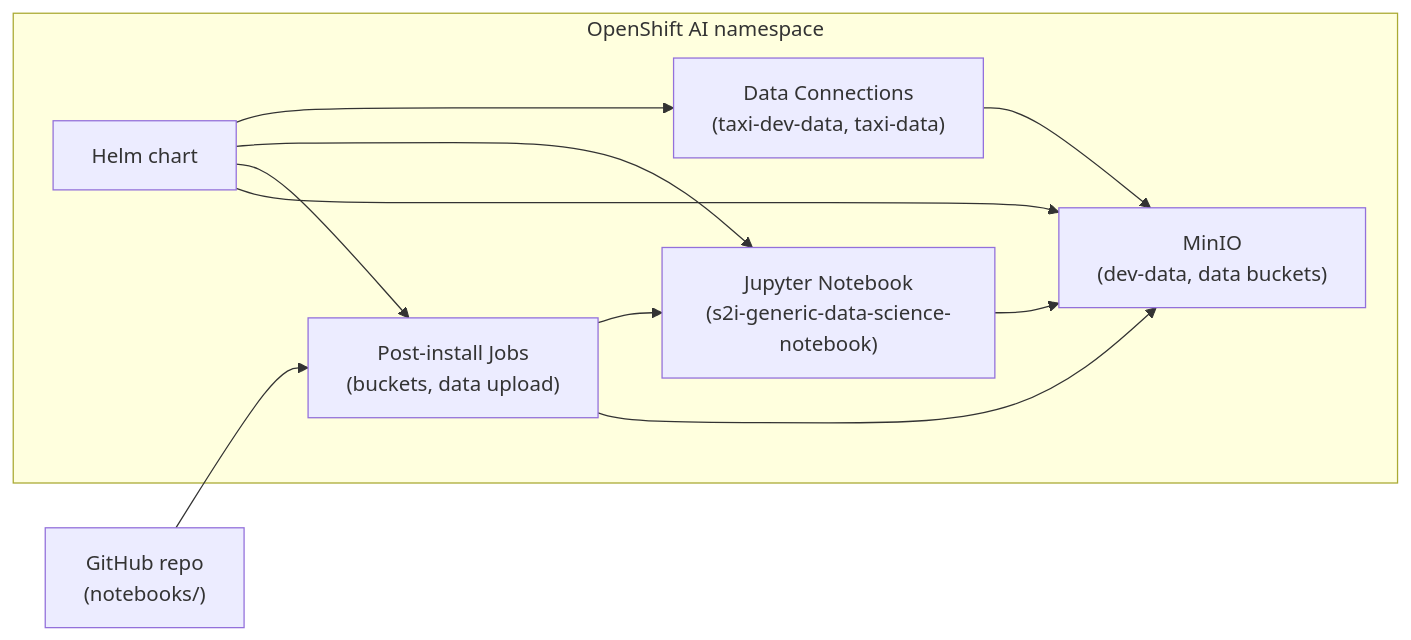
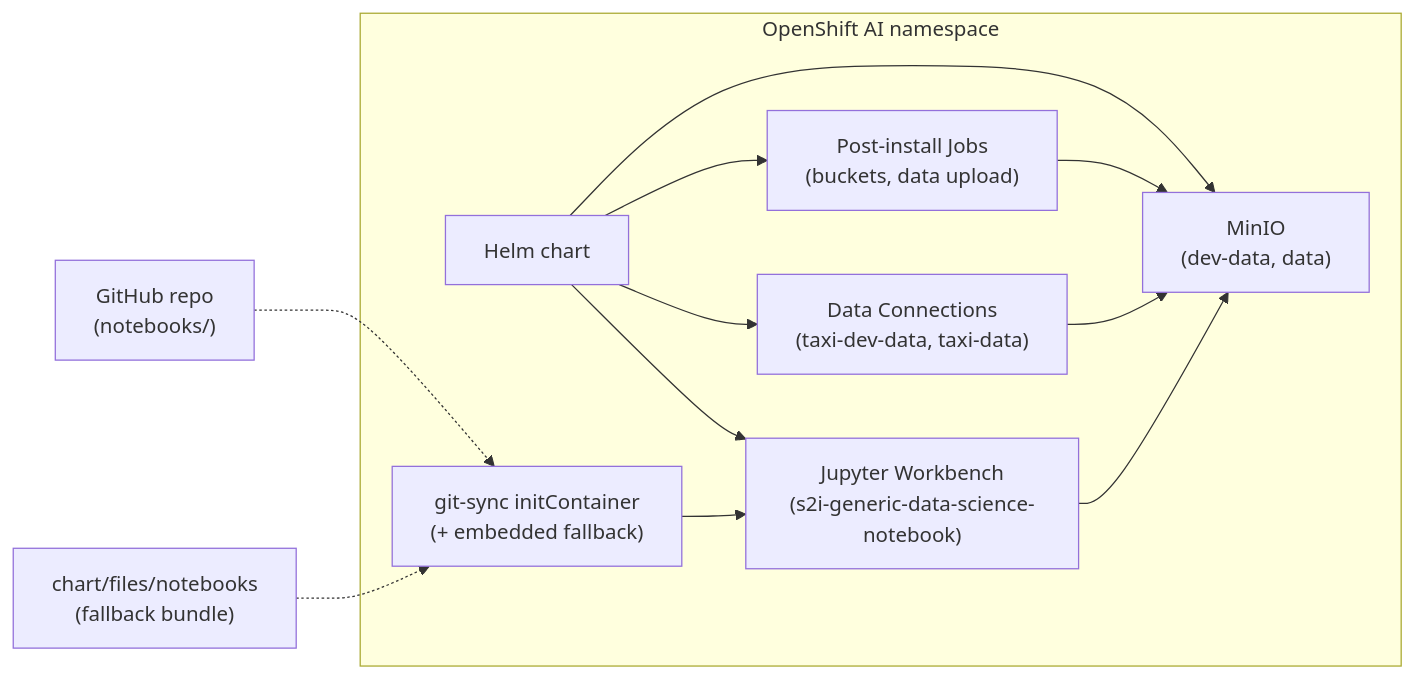
Before and after one commit to Alan0893/ai-taxi-anomaly-detector: the diagram in README.md, drawn with Mermaid. The commit also changed other lines of this file and 2 other files, not shown here.

Commit message:
feat(post_install_job): include post install job to pull actuall data files from NYC data set and place in minio.

````diff
--- a/README.md
+++ b/README.md
@@ -38,20 +45,22 @@
 ```mermaid
 flowchart LR
     subgraph OpenShift["OpenShift AI namespace"]
         Helm["Helm chart"]
-        MinIO["MinIO\n(dev-data, data buckets)"]
-        Notebook["Jupyter Notebook\n(s2i-generic-data-science-notebook)"]
+        MinIO["MinIO\n(dev-data, data)"]
+        Notebook["Jupyter Workbench\n(s2i-generic-data-science-notebook)"]
         DC["Data Connections\n(taxi-dev-data, taxi-data)"]
         Jobs["Post-install Jobs\n(buckets, data upload)"]
+        Init["git-sync initContainer\n(+ embedded fallback)"]
     end
 
     Helm --> MinIO
     Helm --> Jobs
     Jobs --> MinIO
     Helm --> Notebook
     Helm --> DC
     DC --> MinIO
     Notebook --> MinIO
-    Git["GitHub repo\n(notebooks/)"] --> Jobs
-    Jobs --> Notebook
+    Init --> Notebook
+    Git["GitHub repo\n(notebooks/)"] -.-> Init
+    ChartFiles["chart/files/notebooks\n(fallback bundle)"] -.-> Init
 ```
````
